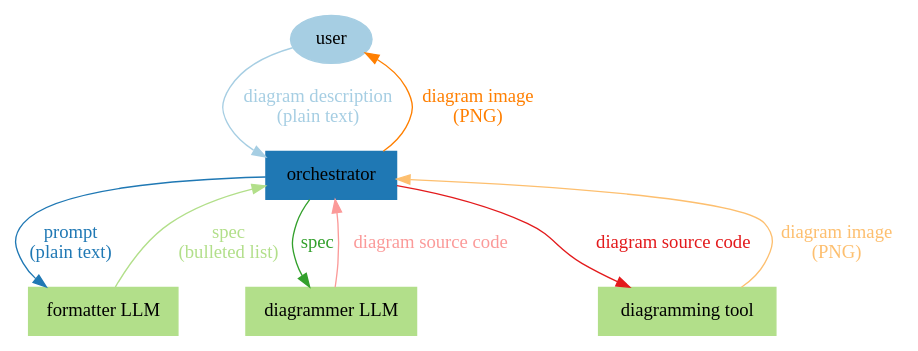
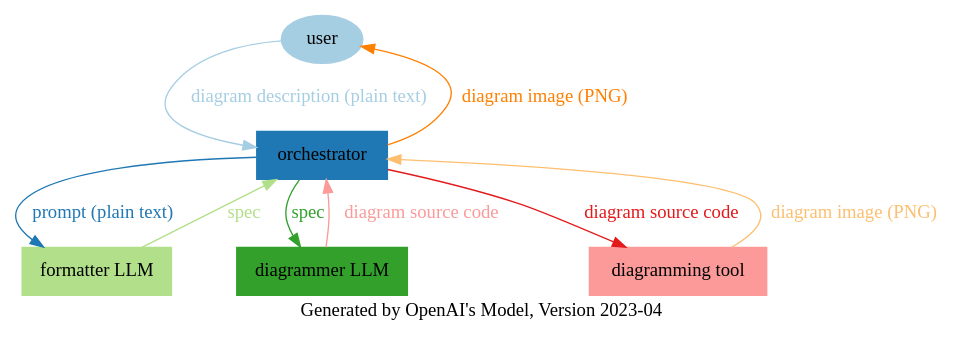
Before and after one commit to christianromney/diagrammer: the diagram in diagram.dot, drawn with Graphviz. The commit also changed 4 other files, not shown here.

Commit message:
Added diagram author

```diff
--- a/diagram.dot
+++ b/diagram.dot
@@ -1,22 +1,22 @@
-digraph DataFlow {
-    graph [bgcolor=white, fontname="Roboto Mono"];
-    node [colorscheme=paired12, style=filled, fontname="Roboto Mono"];
-    edge [colorscheme=paired12, fontname="Roboto Mono"];
+digraph G {
+    graph [bgcolor=white fontname="Roboto Mono" label="Generated by OpenAI's Model, Version 2023-04"];
+    node [colorscheme=paired12 style=filled fontname="Roboto Mono"];
+    edge [colorscheme=paired12 fontname="Roboto Mono"];
 
-    // Nodes
+    // Node definitions
     user [shape=oval, color=1, label="user"];
     orchestrator [shape=box, color=2, label="orchestrator"];
-    formatter_LLM [shape=box, color=3, label="formatter LLM"];
-    diagrammer_LLM [shape=box, color=3, label="diagrammer LLM"];
-    diagramming_tool [shape=box, color=3, label="diagramming tool"];
+    formatterLLM [shape=box, color=3, label="formatter LLM"];
+    diagrammerLLM [shape=box, color=4, label="diagrammer LLM"];
+    diagrammingtool [shape=box, color=5, label="diagramming tool"];
 
     // Edges
-    user -> orchestrator [label="diagram description\n(plain text)", color=1, fontcolor=1];
-    orchestrator -> formatter_LLM [label="prompt\n(plain text)", color=2, fontcolor=2];
-    formatter_LLM -> orchestrator [label="spec\n(bulleted list)", color=3, fontcolor=3];
-    orchestrator -> diagrammer_LLM [label="spec", color=4, fontcolor=4];
-    diagrammer_LLM -> orchestrator [label="diagram source code", color=5, fontcolor=5];
-    orchestrator -> diagramming_tool [label="diagram source code", color=6, fontcolor=6];
-    diagramming_tool -> orchestrator [label="diagram image\n(PNG)", color=7, fontcolor=7];
-    orchestrator -> user [label="diagram image\n(PNG)", color=8, fontcolor=8];
+    user -> orchestrator [label="diagram description (plain text)", color=1, fontcolor=1];
+    orchestrator -> formatterLLM [label="prompt (plain text)", color=2, fontcolor=2];
+    formatterLLM -> orchestrator [label="spec", color=3, fontcolor=3];
+    orchestrator -> diagrammerLLM [label="spec", color=4, fontcolor=4];
+    diagrammerLLM -> orchestrator [label="diagram source code", color=5, fontcolor=5];
+    orchestrator -> diagrammingtool [label="diagram source code", color=6, fontcolor=6];
+    diagrammingtool -> orchestrator [label="diagram image (PNG)", color=7, fontcolor=7];
+    orchestrator -> user [label="diagram image (PNG)", color=8, fontcolor=8];
 }
```
